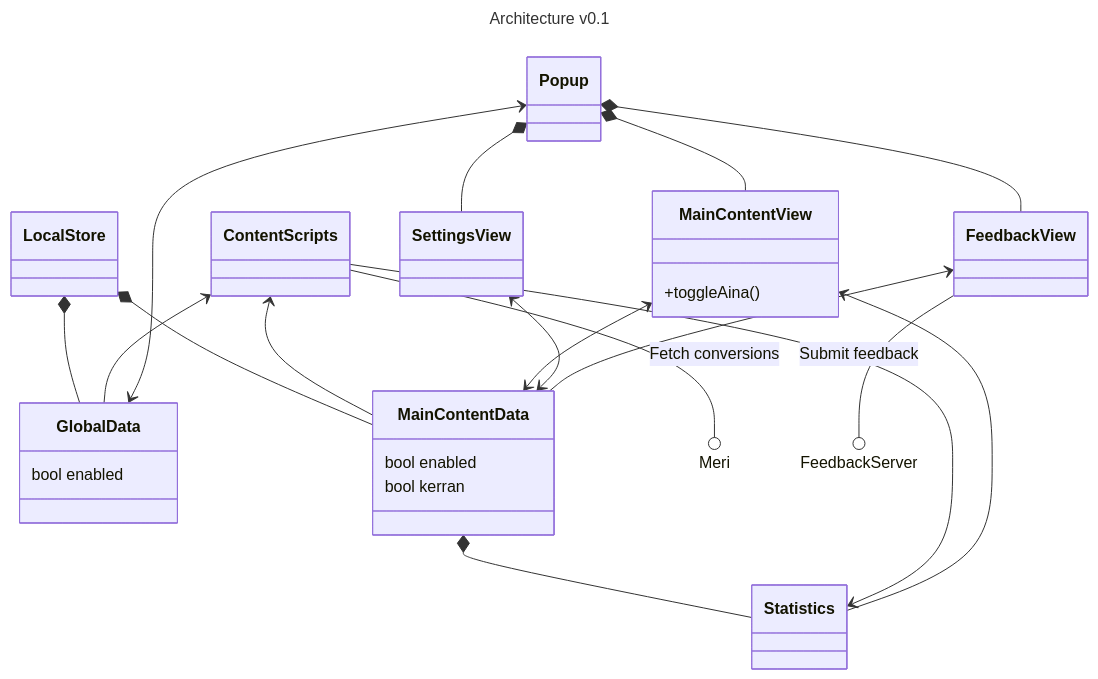
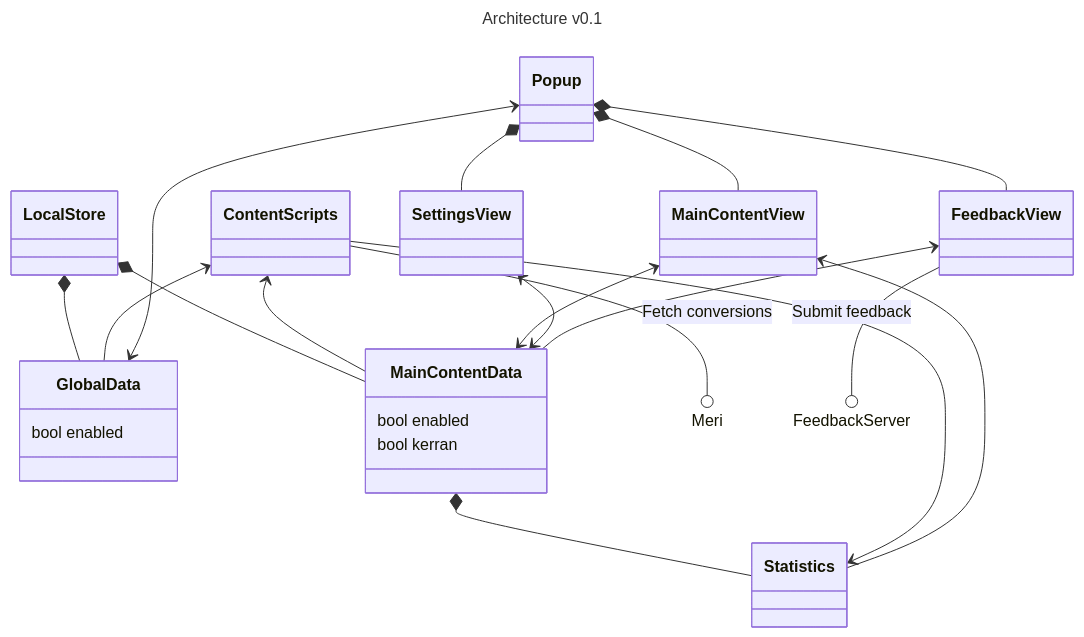
One commit to Klikkikuri/paatti changed the diagram in README.md. Above: the diagram before and after it, drawn with Mermaid. The commit also changed 3 other files, not shown here.

````diff
--- a/README.md
+++ b/README.md
@@ -52,52 +52,51 @@
 ```mermaid
 ---
 title: Architecture v0.1
 ---
 classDiagram
     direction TB
     class LocalStore{
     }
     class GlobalData{
         bool enabled
     }
     class MainContentData{
         bool enabled
         bool kerran
     }
     class Statistics{
     }
     class Popup{
     }
     class SettingsView{
     }
     class MainContentView{
-        +toggleAina()
     }
     class FeedbackView{
     }
     class ContentScripts{
     }
 
     LocalStore *-- GlobalData
     LocalStore *-- MainContentData
 
     MainContentData *-- Statistics
 
     ContentScripts <-- GlobalData
     ContentScripts <-- MainContentData
     ContentScripts --> Statistics
     ContentScripts --() Meri : Fetch conversions
 
     Popup *-- MainContentView
     Popup *-- SettingsView
     Popup *-- FeedbackView
     Popup <--> GlobalData
 
     MainContentView <-- Statistics
     MainContentView <--> MainContentData
 
     SettingsView <--> MainContentData
 
     FeedbackView <-- MainContentData
     FeedbackView --() FeedbackServer : Submit feedback
 ```
````
